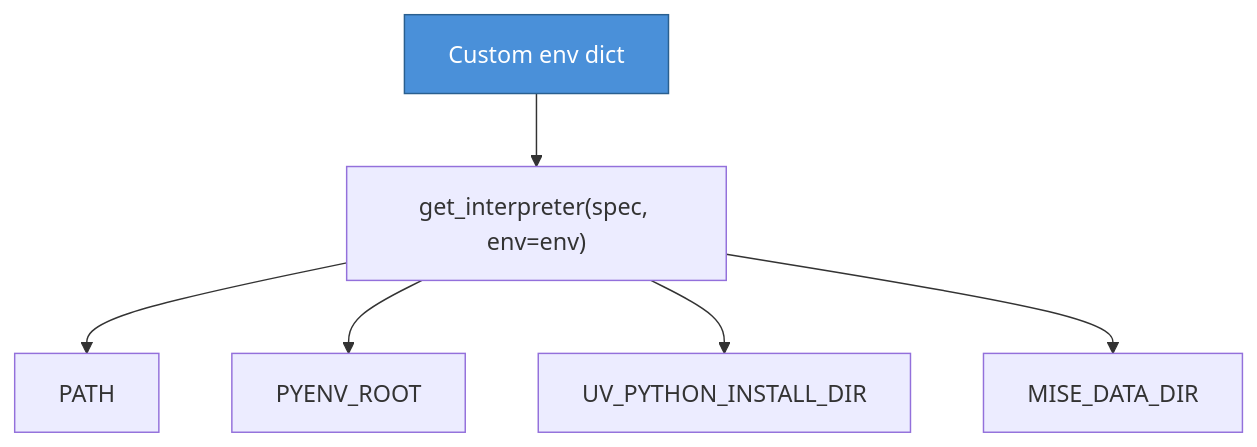
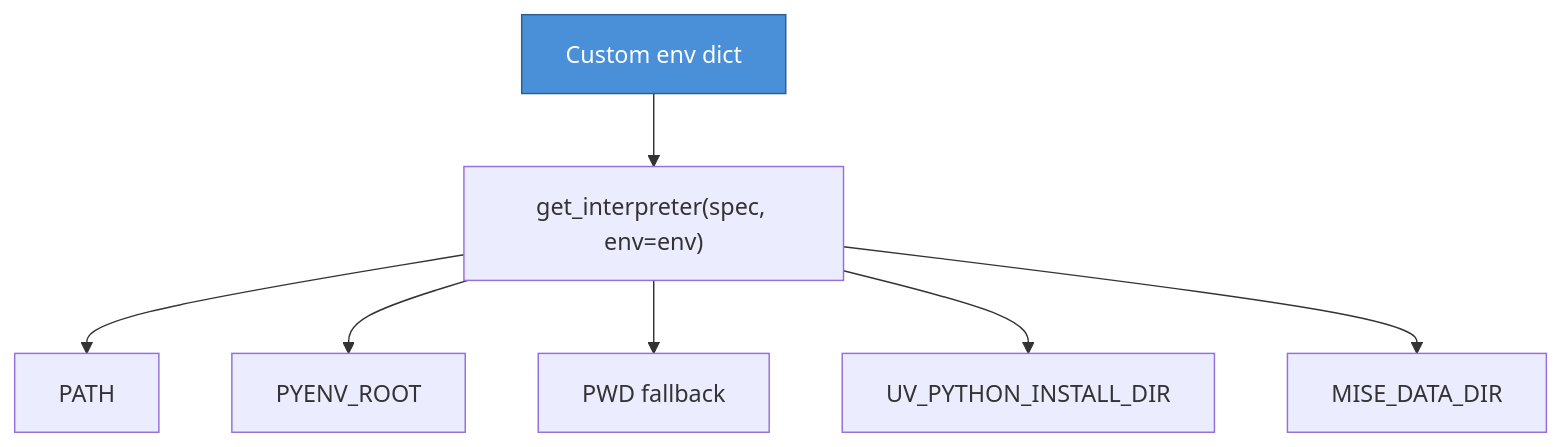
The first of 3 diagrams in docs/how-to/standalone-usage.rst (tox-dev/python-discovery), drawn with Mermaid before and after one commit. The commit also changed other lines of this file and 4 other files, not shown here.

```diff
--- a/docs/how-to/standalone-usage.rst
+++ b/docs/how-to/standalone-usage.rst
@@ -45,10 +47,11 @@
 .. mermaid::
 
     flowchart TD
         Env["Custom env dict"] --> Call["get_interpreter(spec, env=env)"]
         Call --> PATH["PATH"]
         Call --> Pyenv["PYENV_ROOT"]
+        Call --> PWD["PWD fallback"]
         Call --> UV["UV_PYTHON_INSTALL_DIR"]
         Call --> Mise["MISE_DATA_DIR"]
 
         style Env fill:#4a90d9,stroke:#2a5f8f,color:#fff
```
